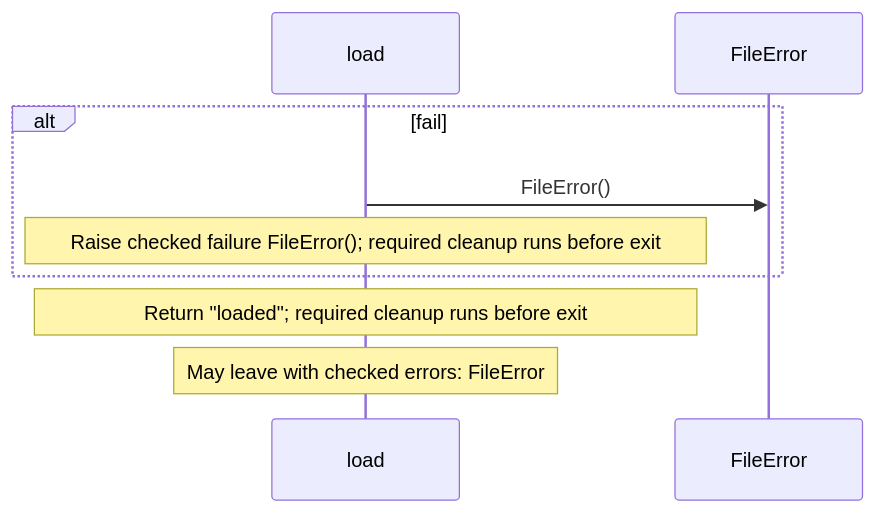
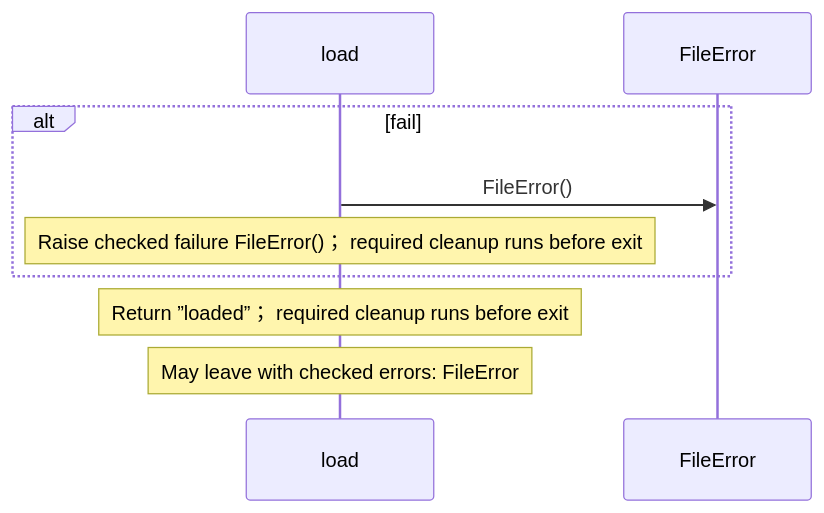
One commit to GreenPandaStudios/augscript changed the diagram in docs/examples/errors/errors-diagrams.md. Above: the diagram before and after it, drawn with Mermaid. The commit also changed other lines of this file and 524 other files, not shown here.

Commit message:
Explain checked data flow at folder and service levels

````diff
--- a/docs/examples/errors/errors-diagrams.md
+++ b/docs/examples/errors/errors-diagrams.md
@@ -39,11 +28,11 @@
 ```mermaid
 sequenceDiagram
     participant p0 as load
     participant p1 as FileError
     alt fail
     p0->>p1: FileError()
-    Note over p0: Raise checked failure FileError()#59; required cleanup runs before exit
+    Note over p0: Raise checked failure FileError()； required cleanup runs before exit
     end
-    Note over p0: Return #34;loaded#34;#59; required cleanup runs before exit
+    Note over p0: Return ”loaded”； required cleanup runs before exit
     Note over p0: May leave with checked errors: FileError
 ```
````
